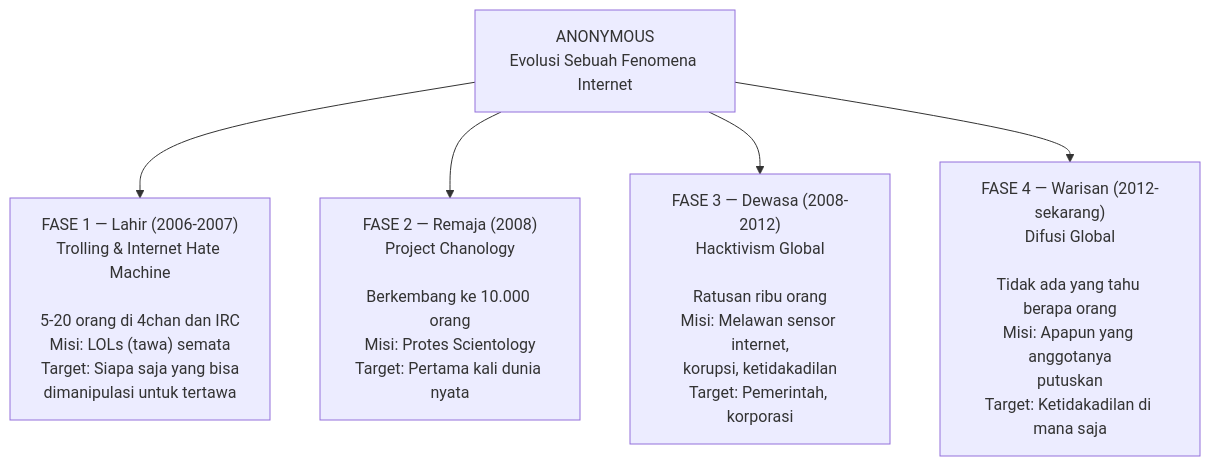
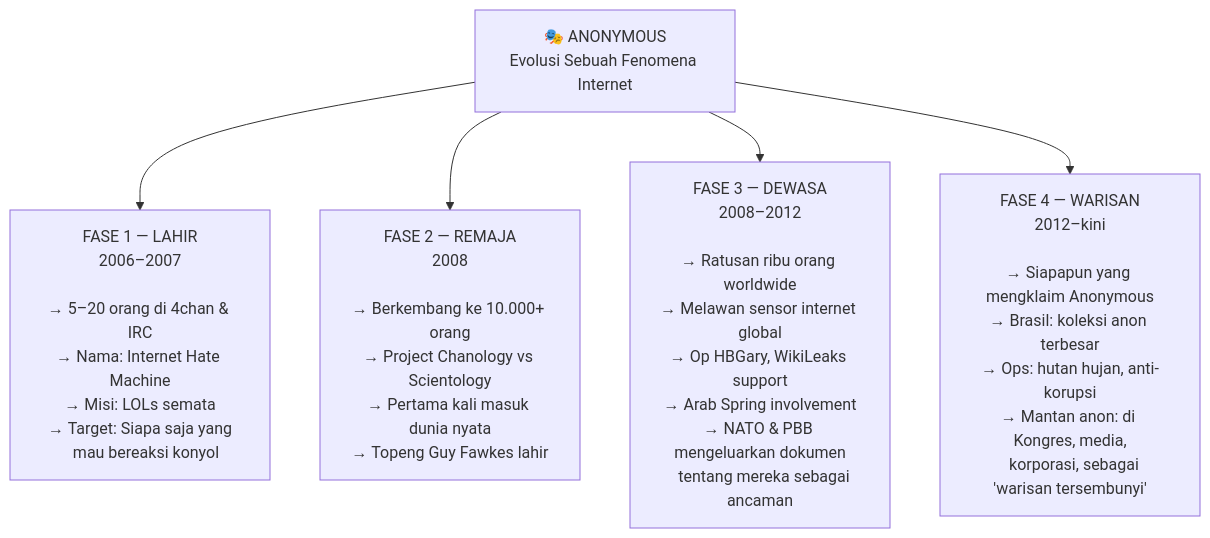
One commit to dwirx/BangunAI-Blog changed the first of 16 diagrams in src/content/articles/kelahiran-anonymous-dari-trolling-4chan-hingga-melawan-pemerintah-dunia.mdx. Above: the diagram before and after it, drawn with Mermaid. The commit also changed other lines of this file, not shown here.

Commit message:
Revise article: Kelahiran Anonymous - tambah callouts & improve quality

````diff
--- a/src/content/articles/kelahiran-anonymous-dari-trolling-4chan-hingga-melawan-pemerintah-dunia.mdx
+++ b/src/content/articles/kelahiran-anonymous-dari-trolling-4chan-hingga-melawan-pemerintah-dunia.mdx
@@ -22,12 +34,12 @@
 ```mermaid
 graph TD
-    A["ANONYMOUS\nEvolusi Sebuah Fenomena Internet"]
-    
-    A --> B["FASE 1 — Lahir (2006-2007)\nTrolling & Internet Hate Machine\n\n5-20 orang di 4chan dan IRC\nMisi: LOLs (tawa) semata\nTarget: Siapa saja yang bisa\ndimanipulasi untuk tertawa"]
-    
-    A --> C["FASE 2 — Remaja (2008)\nProject Chanology\n\nBerkembang ke 10.000 orang\nMisi: Protes Scientology\nTarget: Pertama kali dunia nyata"]
-    
-    A --> D["FASE 3 — Dewasa (2008-2012)\nHacktivism Global\n\nRatusan ribu orang\nMisi: Melawan sensor internet,\nkorupsi, ketidakadilan\nTarget: Pemerintah, korporasi"]
-    
-    A --> E["FASE 4 — Warisan (2012-sekarang)\nDifusi Global\n\nTidak ada yang tahu berapa orang\nMisi: Apapun yang anggotanya\nputuskan\nTarget: Ketidakadilan di mana saja"]
+    A["🎭 ANONYMOUS\nEvolusi Sebuah Fenomena Internet"]
+
+    A --> B["FASE 1 — LAHIR\n2006–2007\n\n→ 5–20 orang di 4chan & IRC\n→ Nama: Internet Hate Machine\n→ Misi: LOLs semata\n→ Target: Siapa saja yang\n   mau bereaksi konyol"]
+
+    A --> C["FASE 2 — REMAJA\n2008\n\n→ Berkembang ke 10.000+ orang\n→ Project Chanology vs Scientology\n→ Pertama kali masuk dunia nyata\n→ Topeng Guy Fawkes lahir"]
+
+    A --> D["FASE 3 — DEWASA\n2008–2012\n\n→ Ratusan ribu orang worldwide\n→ Melawan sensor internet global\n→ Op HBGary, WikiLeaks support\n→ Arab Spring involvement\n→ NATO & PBB mengeluarkan dokumen\n   tentang mereka sebagai ancaman"]
+
+    A --> E["FASE 4 — WARISAN\n2012–kini\n\n→ Siapapun yang mengklaim Anonymous\n→ Brasil: koleksi anon terbesar\n→ Ops: hutan hujan, anti-korupsi\n→ Mantan anon: di Kongres, media,\n   korporasi, sebagai 'warisan tersembunyi'"]
 ```
````
